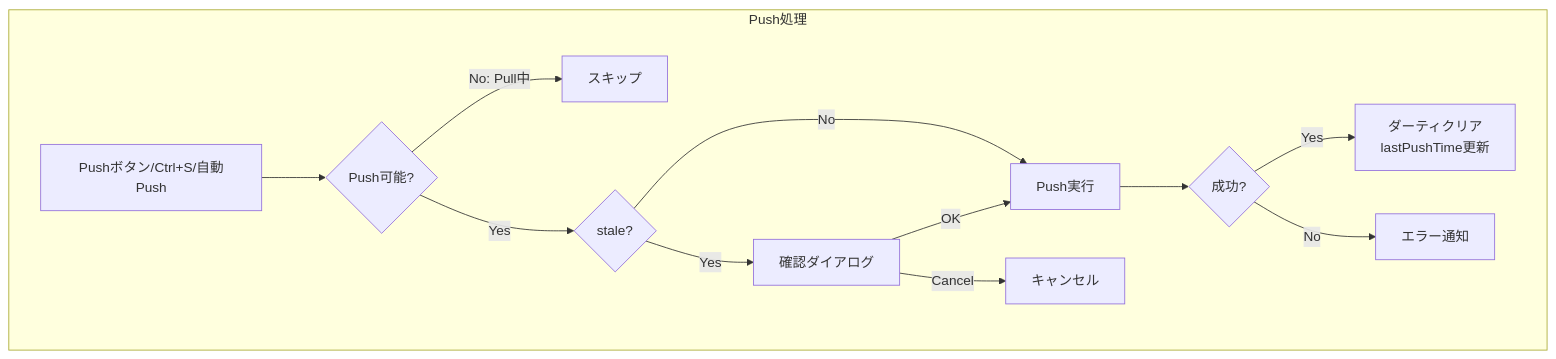
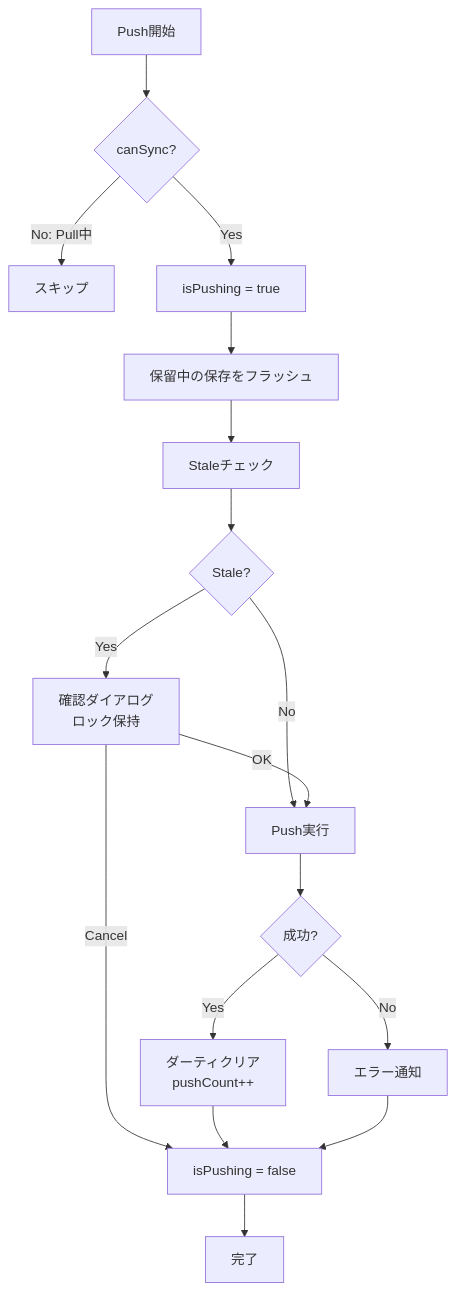
The first of 3 diagrams in docs/development/sync/push-pull.md (kako-jun/agasteer), drawn with Mermaid before and after one commit. The commit also changed other lines of this file, not shown here.

First line of the commit message:
docs: Push/Pull統合リファクタリングを反映

````diff
--- a/docs/development/sync/push-pull.md
+++ b/docs/development/sync/push-pull.md
@@ -5,15 +73,19 @@
 ```mermaid
 flowchart TD
-    subgraph Push["Push処理"]
-        PS1[Pushボタン/Ctrl+S/自動Push] --> PS2{Push可能?}
-        PS2 -->|No: Pull中| PS3[スキップ]
-        PS2 -->|Yes| PS4{stale?}
-        PS4 -->|Yes| PS5[確認ダイアログ]
-        PS4 -->|No| PS6[Push実行]
-        PS5 -->|OK| PS6
-        PS5 -->|Cancel| PS7[キャンセル]
-        PS6 --> PS8{成功?}
-        PS8 -->|Yes| PS9[ダーティクリア\nlastPushTime更新]
-        PS8 -->|No| PS10[エラー通知]
-    end
+    Start[Push開始] --> Check1{canSync?}
+    Check1 -->|No: Pull中| End1[スキップ]
+    Check1 -->|Yes| Lock[isPushing = true]
+    Lock --> Flush[保留中の保存をフラッシュ]
+    Flush --> Stale[Staleチェック]
+    Stale --> Check2{Stale?}
+    Check2 -->|Yes| Confirm[確認ダイアログ<br/>ロック保持]
+    Check2 -->|No| Push
+    Confirm -->|OK| Push[Push実行]
+    Confirm -->|Cancel| Unlock
+    Push --> Success{成功?}
+    Success -->|Yes| Clear[ダーティクリア<br/>pushCount++]
+    Success -->|No| Notify[エラー通知]
+    Clear --> Unlock[isPushing = false]
+    Notify --> Unlock
+    Unlock --> End2[完了]
 ```
````
